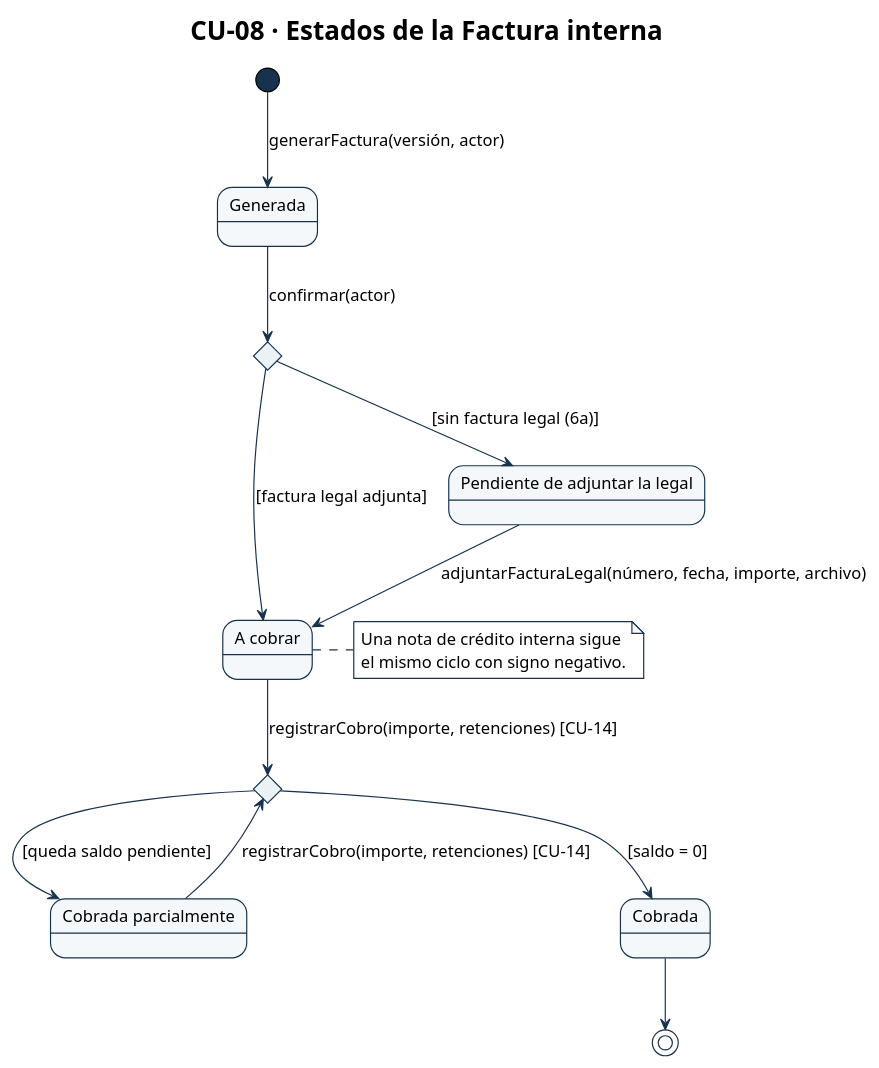
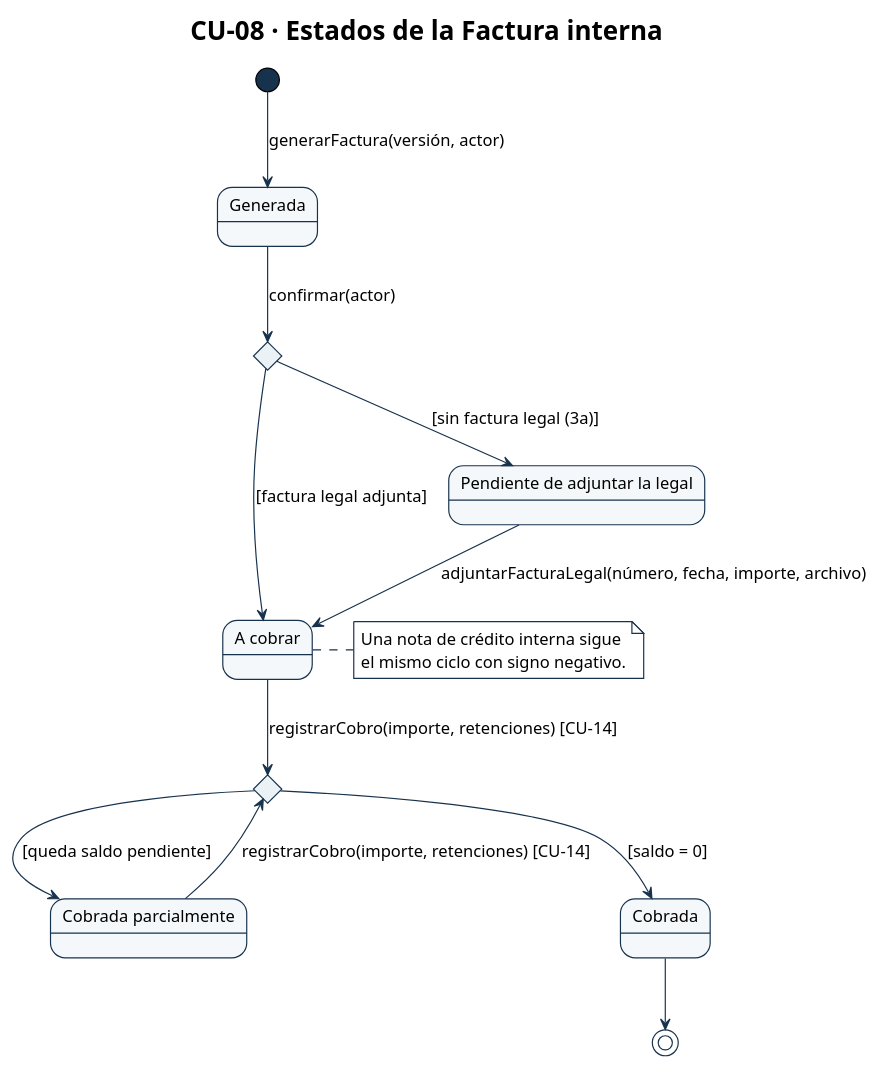
Before and after one commit to Ssrrb/tpf-uca: the diagram in diagramas/CU-08-estados.puml, drawn with PlantUML. The commit also changed 12 other files, not shown here.

```diff
--- a/diagramas/CU-08-estados.puml
+++ b/diagramas/CU-08-estados.puml
@@ -1,59 +1,59 @@
 @startuml
 !theme plain
 skinparam style strictuml
 skinparam shadowing false
 skinparam defaultFontName Arial
 skinparam defaultFontSize 14
 skinparam ArrowColor #17324D
 skinparam activity {
   StartColor #17324D
   EndColor #17324D
   BarColor #17324D
   BackgroundColor #F5F8FA
   BorderColor #17324D
   DiamondBackgroundColor #EAF2F6
   DiamondBorderColor #17324D
 }
 skinparam swimlane {
   BorderColor #17324D
   TitleBackgroundColor #EAF2F6
 }
 skinparam state {
   StartColor #17324D
   EndColor #17324D
   BackgroundColor #F5F8FA
   BorderColor #17324D
 }
 skinparam package {
   BackgroundColor #EAF2F6
   BorderColor #17324D
 }
 skinparam note {
   BackgroundColor #FFFFFF
   BorderColor #17324D
 }
 title CU-08 · Estados de la Factura interna
 state confirmacion <<choice>>
 state cobro <<choice>>
 state "Generada" as generada
 state "Pendiente de adjuntar la legal" as pendiente_de_adjuntar
 state "A cobrar" as a_cobrar
 state "Cobrada parcialmente" as cobrada_parcial
 state "Cobrada" as cobrada
 
 [*] --> generada : generarFactura(versión, actor)
 generada --> confirmacion : confirmar(actor)
-confirmacion --> pendiente_de_adjuntar : [sin factura legal (6a)]
+confirmacion --> pendiente_de_adjuntar : [sin factura legal (3a)]
 confirmacion --> a_cobrar : [factura legal adjunta]
 pendiente_de_adjuntar --> a_cobrar : adjuntarFacturaLegal(número, fecha, importe, archivo)
 a_cobrar --> cobro : registrarCobro(importe, retenciones) [CU-14]
 cobrada_parcial --> cobro : registrarCobro(importe, retenciones) [CU-14]
 cobro --> cobrada_parcial : [queda saldo pendiente]
 cobro --> cobrada : [saldo = 0]
 cobrada --> [*]
 
 note right of a_cobrar
   Una nota de crédito interna sigue
   el mismo ciclo con signo negativo.
 end note
 @enduml
```
